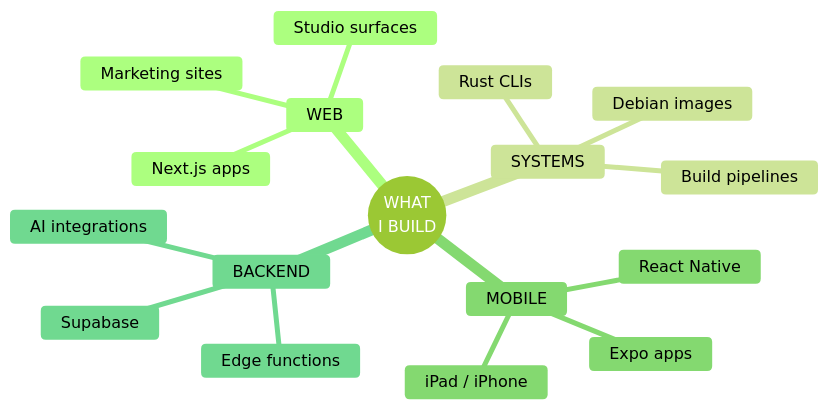
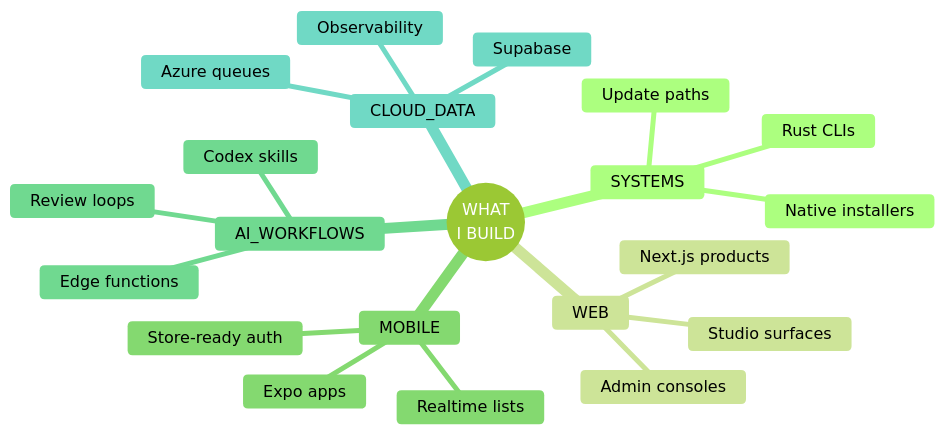
One commit to RealEmmettS/RealEmmettS changed the diagram in README.md. Above: the diagram before and after it, drawn with Mermaid. The commit also changed other lines of this file and 2 other files, not shown here.

````diff
--- a/README.md
+++ b/README.md
@@ -201,21 +171,25 @@
 ```mermaid
 %%{init: {'theme':'forest'}}%%
 mindmap
   root((WHAT<br/>I BUILD))
-    WEB
-      Next.js apps
-      Studio surfaces
-      Marketing sites
     SYSTEMS
       Rust CLIs
-      Debian images
-      Build pipelines
+      Native installers
+      Update paths
+    WEB
+      Next.js products
+      Studio surfaces
+      Admin consoles
     MOBILE
       Expo apps
-      React Native
-      iPad / iPhone
-    BACKEND
+      Realtime lists
+      Store-ready auth
+    AI_WORKFLOWS
+      Codex skills
+      Edge functions
+      Review loops
+    CLOUD_DATA
       Supabase
-      Edge functions
-      AI integrations
+      Azure queues
+      Observability
 ```
````
